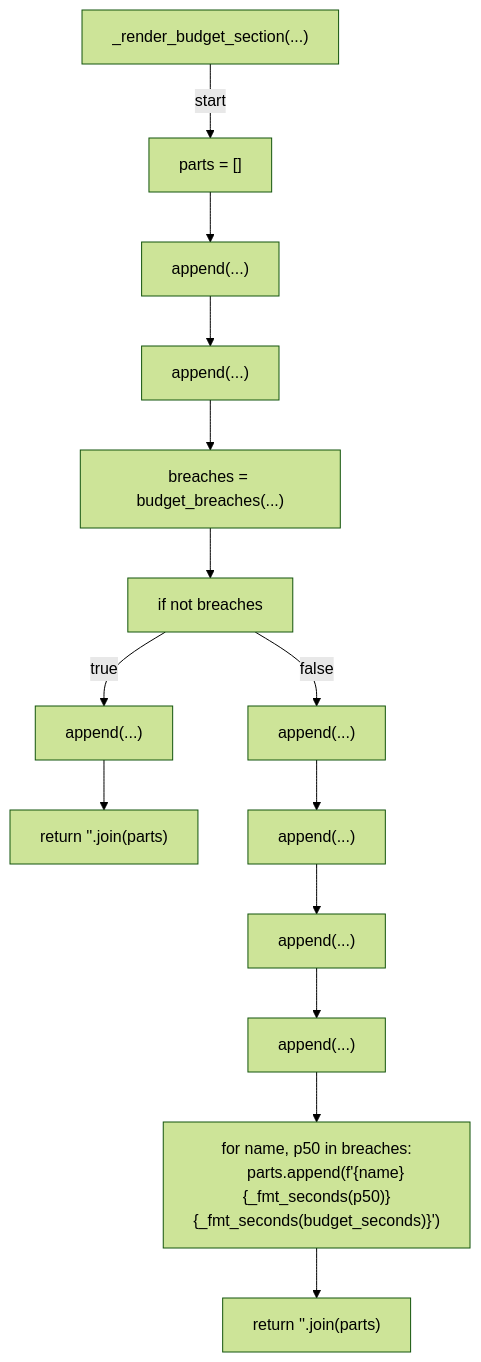
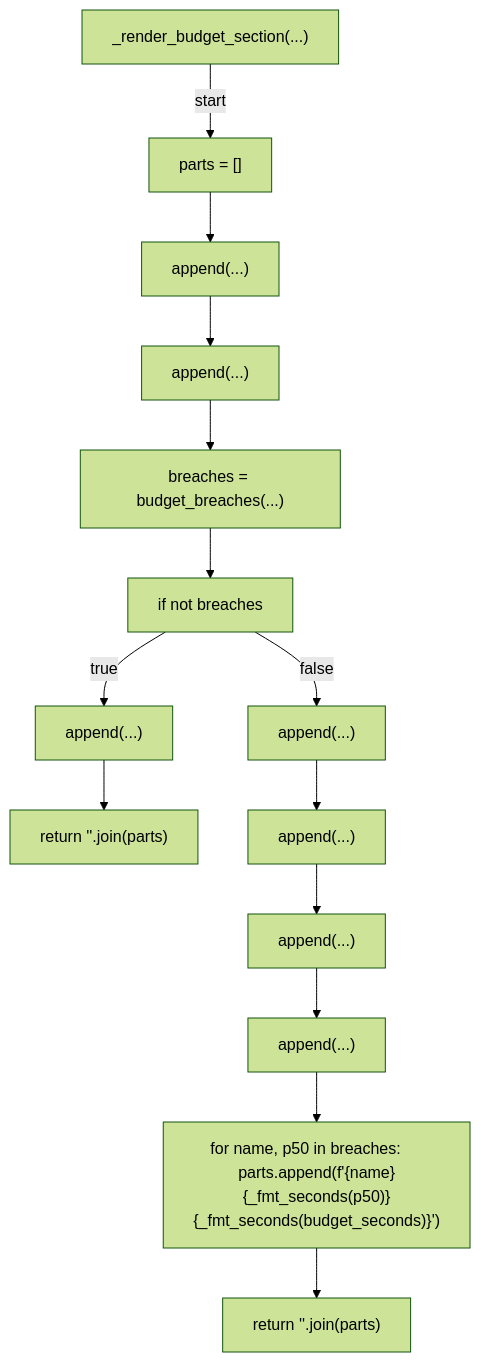
Before and after one commit to tvna/claude-md: diagram 19 of 25 in docs/generated/scripts/ast/analyze_ci_timings.md, drawn with Mermaid (forest theme). The commit also changed other lines of this file and 20 other files, not shown here.

First line of the commit message:
docs(generated): regenerate decision tree and workflow diagrams (batch 1/5)

````diff
--- a/docs/generated/scripts/ast/analyze_ci_timings.md
+++ b/docs/generated/scripts/ast/analyze_ci_timings.md
@@ -416,31 +323,30 @@
 ```mermaid
 flowchart TD
     N001["_render_budget_section(...)"]
     N002["parts = []"]
     N003["append(...)"]
     N004["append(...)"]
     N005["breaches = budget_breaches(...)"]
     N006["if not breaches"]
     N007["append(...)"]
     N008["return '<str>'.join(parts)"]
     N009["append(...)"]
     N010["append(...)"]
     N011["append(...)"]
     N012["append(...)"]
-    N013["for name, p50 in breaches:
-    parts.append(f'<str>{name}<str>{_fmt_seconds(p50)}<str>{_fmt_seconds(budget_seconds)}<str>')"]
+    N013["for name, p50 in breaches:     parts.append(f'<str>{name}<str>{_fmt_seconds(p50)}<str>{_fmt_seconds(budget_seconds)}<str>')"]
     N014["return '<str>'.join(parts)"]
     N001 -->|"start"| N002
     N002 --> N003
     N003 --> N004
     N004 --> N005
     N005 --> N006
     N006 -->|"true"| N007
     N007 --> N008
     N006 -->|"false"| N009
     N009 --> N010
     N010 --> N011
     N011 --> N012
     N012 --> N013
     N013 --> N014
 ```
````
